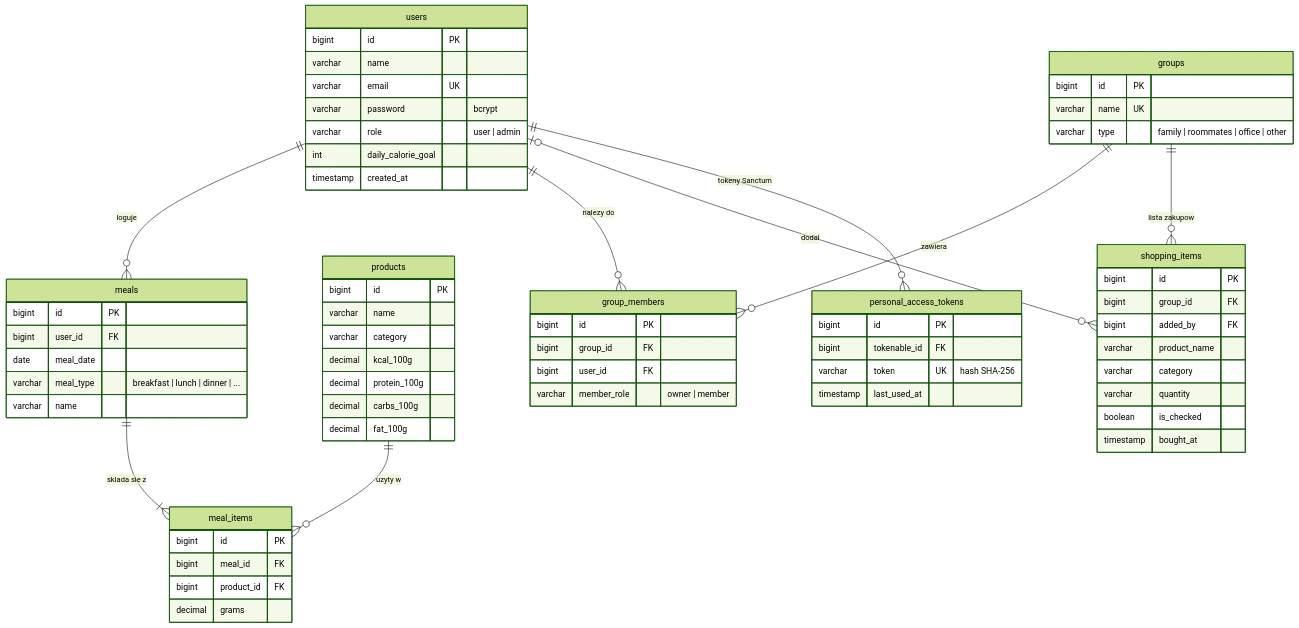
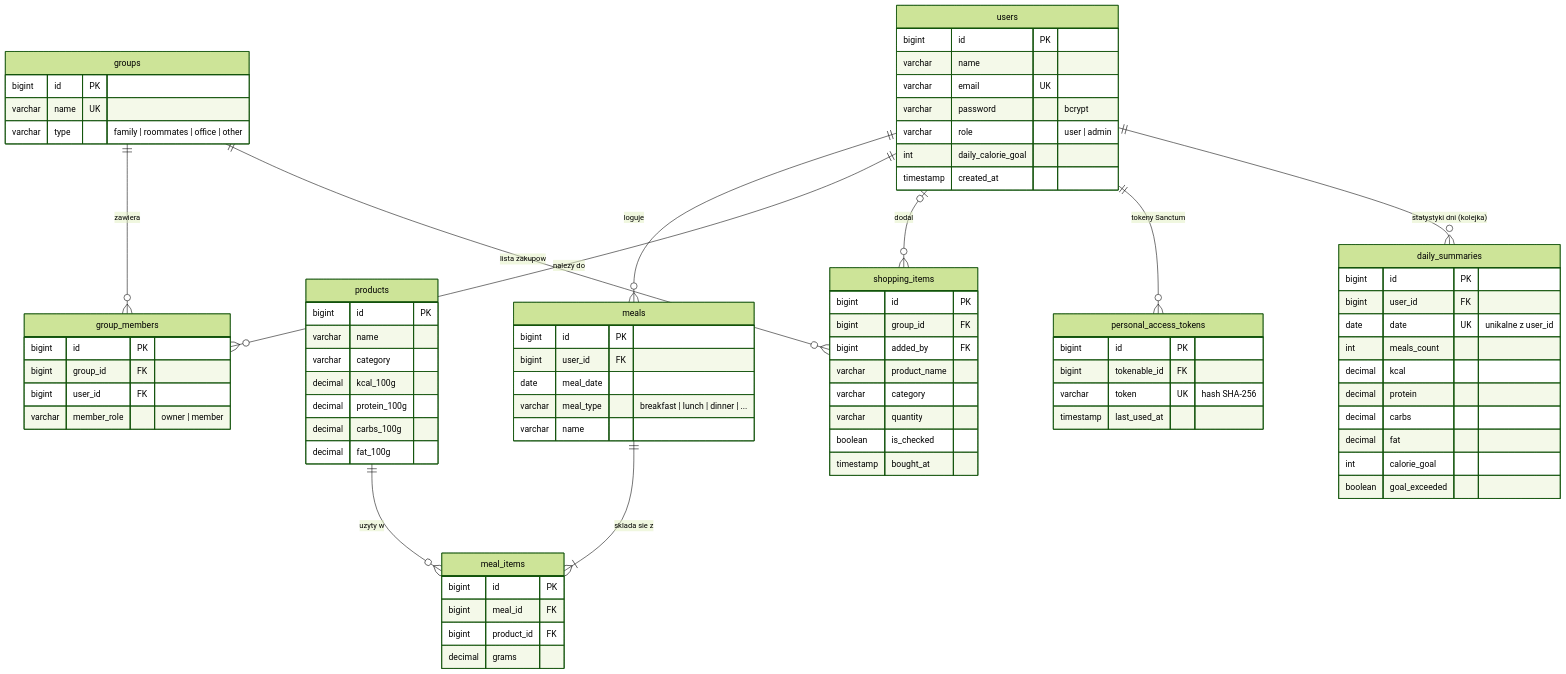
One commit to AnimaMnie/MealCoreApp changed the diagram in docs/ERD.mermaid. Above: the diagram before and after it, drawn with Mermaid (forest theme). The commit also changed 5 other files, not shown here.

Commit message:
Add GitHub Actions CI, update README, ERD and API docs

```diff
--- a/docs/ERD.mermaid
+++ b/docs/ERD.mermaid
@@ -1,75 +1,89 @@
 erDiagram
     users ||--o{ meals : "loguje"
     meals ||--|{ meal_items : "sklada sie z"
     products ||--o{ meal_items : "uzyty w"
     users ||--o{ group_members : "nalezy do"
     groups ||--o{ group_members : "zawiera"
     groups ||--o{ shopping_items : "lista zakupow"
     users |o--o{ shopping_items : "dodal"
     users ||--o{ personal_access_tokens : "tokeny Sanctum"
+    users ||--o{ daily_summaries : "statystyki dni (kolejka)"
+
+    daily_summaries {
+        bigint id PK
+        bigint user_id FK
+        date date UK "unikalne z user_id"
+        int meals_count
+        decimal kcal
+        decimal protein
+        decimal carbs
+        decimal fat
+        int calorie_goal
+        boolean goal_exceeded
+    }
 
     users {
         bigint id PK
         varchar name
         varchar email UK
         varchar password "bcrypt"
         varchar role "user | admin"
         int daily_calorie_goal
         timestamp created_at
     }
 
     products {
         bigint id PK
         varchar name
         varchar category
         decimal kcal_100g
         decimal protein_100g
         decimal carbs_100g
         decimal fat_100g
     }
 
     meals {
         bigint id PK
         bigint user_id FK
         date meal_date
         varchar meal_type "breakfast | lunch | dinner | ..."
         varchar name
     }
 
     meal_items {
         bigint id PK
         bigint meal_id FK
         bigint product_id FK
         decimal grams
     }
 
     groups {
         bigint id PK
         varchar name UK
         varchar type "family | roommates | office | other"
     }
 
     group_members {
         bigint id PK
         bigint group_id FK
         bigint user_id FK
         varchar member_role "owner | member"
     }
 
     shopping_items {
         bigint id PK
         bigint group_id FK
         bigint added_by FK
         varchar product_name
         varchar category
         varchar quantity
         boolean is_checked
         timestamp bought_at
     }
 
     personal_access_tokens {
         bigint id PK
         bigint tokenable_id FK
         varchar token UK "hash SHA-256"
         timestamp last_used_at
     }
```
